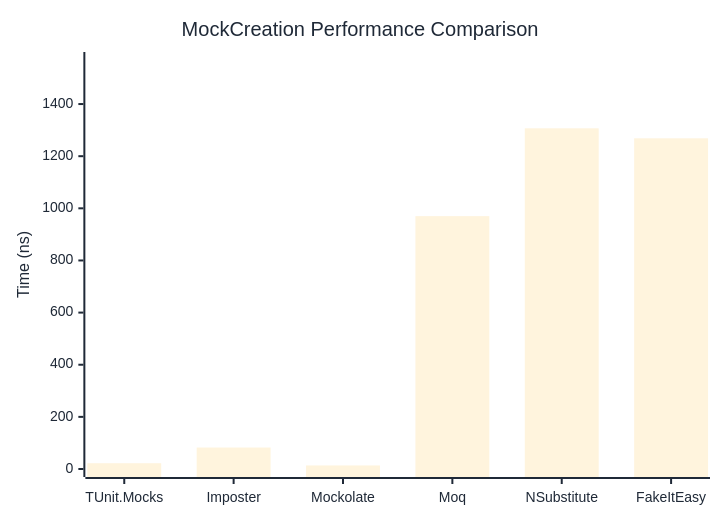
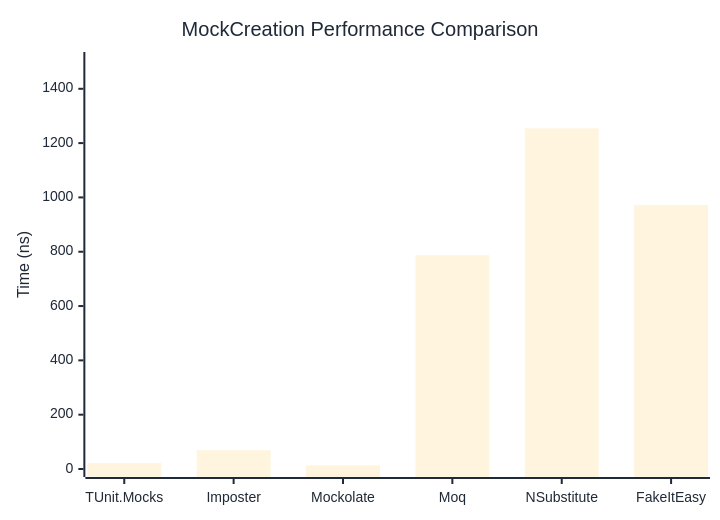
The first of 2 diagrams in docs/docs/benchmarks/mocks/MockCreation.md (thomhurst/TUnit), drawn with Mermaid before and after one commit. The commit also changed other lines of this file and 14 other files, not shown here.

````diff
--- a/docs/docs/benchmarks/mocks/MockCreation.md
+++ b/docs/docs/benchmarks/mocks/MockCreation.md
@@ -30,27 +30,27 @@
 ```mermaid
 %%{init: {
   'theme':'base',
   'themeVariables': {
     'primaryColor': '#2563eb',
     'primaryTextColor': '#1f2937',
     'primaryBorderColor': '#1e40af',
     'lineColor': '#6b7280',
     'secondaryColor': '#7c3aed',
     'tertiaryColor': '#dc2626',
     'background': '#ffffff',
     'pie1': '#2563eb',
     'pie2': '#7c3aed',
     'pie3': '#dc2626',
     'pie4': '#f59e0b',
     'pie5': '#10b981',
     'pie6': '#06b6d4',
     'pie7': '#ec4899',
     'pie8': '#6366f1'
   }
 }}%%
 xychart-beta
   title "MockCreation Performance Comparison"
   x-axis ["TUnit.Mocks", "Imposter", "Mockolate", "Moq", "NSubstitute", "FakeItEasy"]
-  y-axis "Time (ns)" 0 --> 1569
-  bar [22.16, 82.36, 13.6, 970.03, 1306.95, 1268.64]
+  y-axis "Time (ns)" 0 --> 1506
+  bar [22.22, 68.93, 13.55, 787.34, 1254.31, 972.25]
 ```
````
